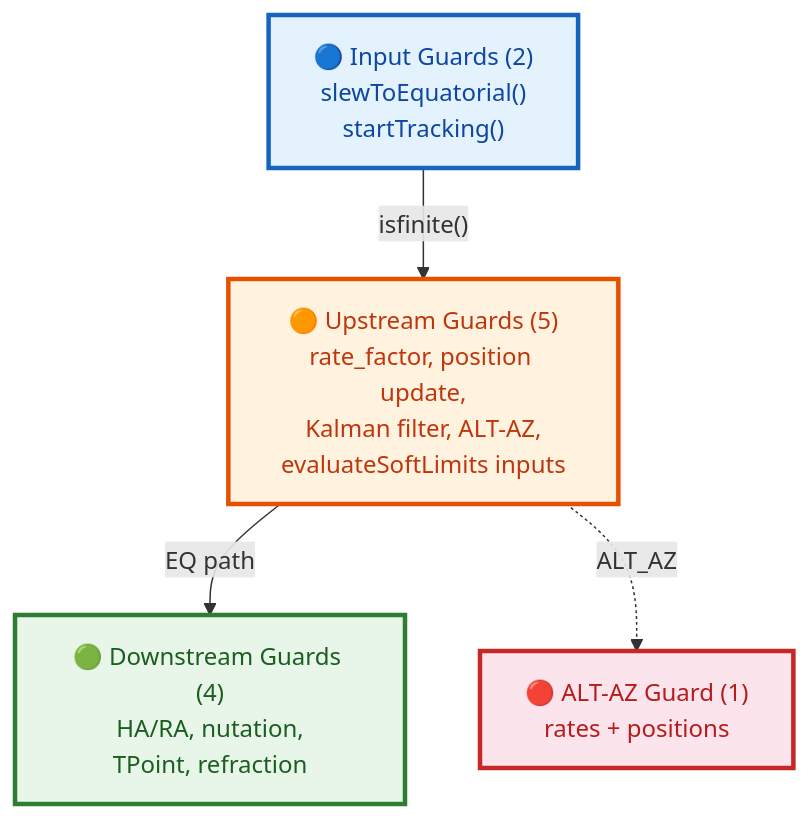
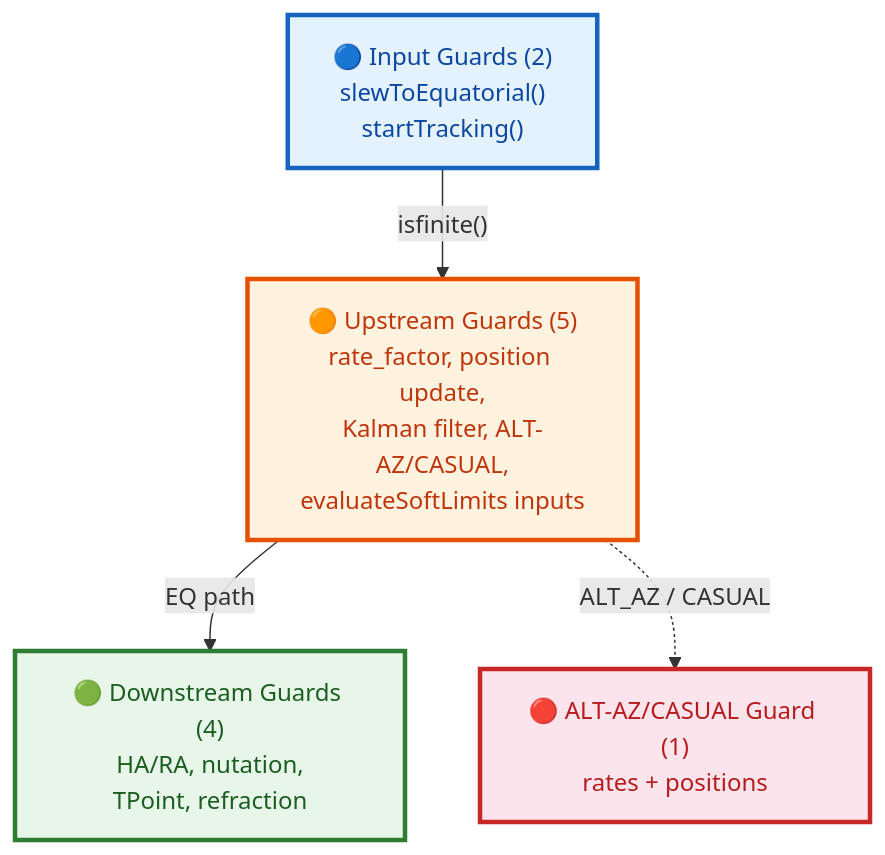
Before and after one commit to pielaszkiewicz-jacek/astro_mount_control: the second of 2 diagrams in docs/en/index.md, drawn with Mermaid.

Commit message:
Documentation update

````diff
--- a/docs/en/index.md
+++ b/docs/en/index.md
@@ -738,16 +738,16 @@
 ```mermaid
 flowchart TB
     classDef input fill:#e3f2fd,stroke:#1565c0,stroke-width:3px,color:#0d47a1
     classDef up fill:#fff3e0,stroke:#e65100,stroke-width:3px,color:#bf360c
     classDef down fill:#e8f5e9,stroke:#2e7d32,stroke-width:3px,color:#1b5e20
     classDef altaz fill:#fce4ec,stroke:#c62828,stroke-width:3px,color:#b71c1c
 
     I["🔵 Input Guards (2)<br/>slewToEquatorial()<br/>startTracking()"]:::input
-    U["🟠 Upstream Guards (5)<br/>rate_factor, position update,<br/>Kalman filter, ALT-AZ,<br/>evaluateSoftLimits inputs"]:::up
+    U["🟠 Upstream Guards (5)<br/>rate_factor, position update,<br/>Kalman filter, ALT-AZ/CASUAL,<br/>evaluateSoftLimits inputs"]:::up
     D["🟢 Downstream Guards (4)<br/>HA/RA, nutation,<br/>TPoint, refraction"]:::down
-    A["🔴 ALT-AZ Guard (1)<br/>rates + positions"]:::altaz
+    A["🔴 ALT-AZ/CASUAL Guard (1)<br/>rates + positions"]:::altaz
     
     I -->|"isfinite()"| U
     U -->|"EQ path"| D
-    U -.->|"ALT_AZ"| A
+    U -.->|"ALT_AZ / CASUAL"| A
 ```
````
